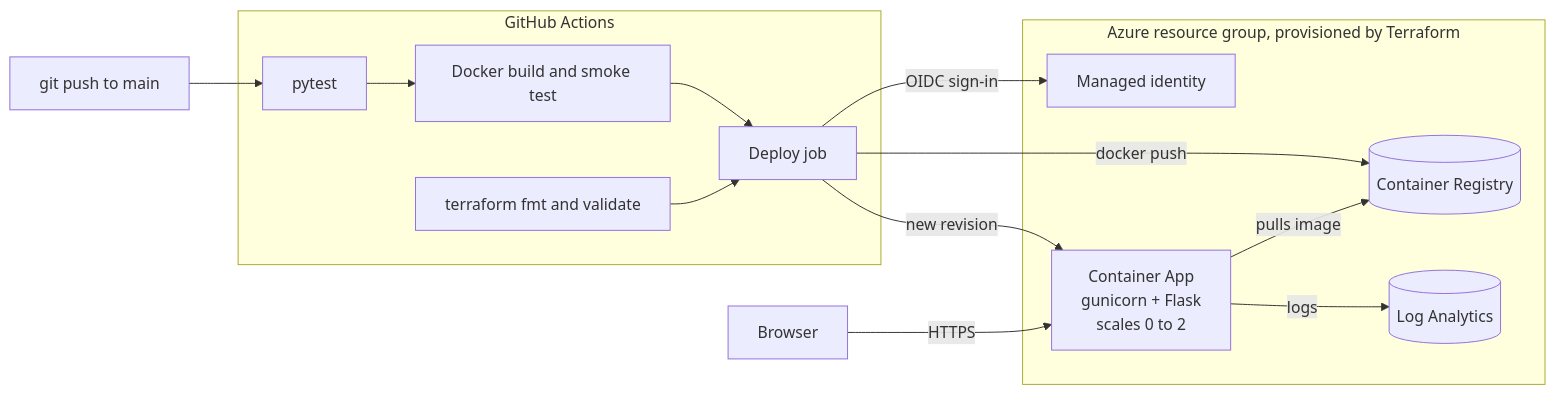
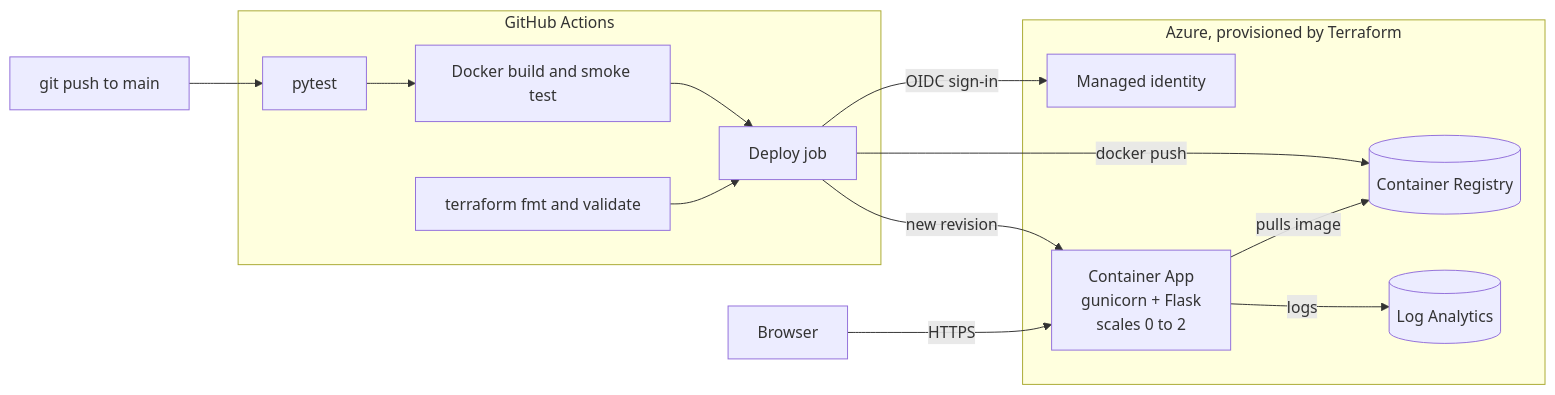
One commit to rohitbondala277/Sydney-Housing changed the diagram in README.md. Above: the diagram before and after it, drawn with Mermaid.

Commit message:
Shorten diagram label

````diff
--- a/README.md
+++ b/README.md
@@ -13,25 +13,25 @@
 ```mermaid
 flowchart LR
     dev[git push to main] --> t
 
     subgraph gha[GitHub Actions]
         t[pytest] --> b[Docker build and smoke test]
         tf[terraform fmt and validate]
         b --> d[Deploy job]
         tf --> d
     end
 
-    subgraph azure[Azure resource group, provisioned by Terraform]
+    subgraph azure[Azure, provisioned by Terraform]
         mi[Managed identity]
         acr[(Container Registry)]
         ca[Container App<br/>gunicorn + Flask<br/>scales 0 to 2]
         law[(Log Analytics)]
         ca -- pulls image --> acr
         ca -- logs --> law
     end
 
     d -- OIDC sign-in --> mi
     d -- docker push --> acr
     d -- new revision --> ca
     user[Browser] -- HTTPS --> ca
 ```
````
